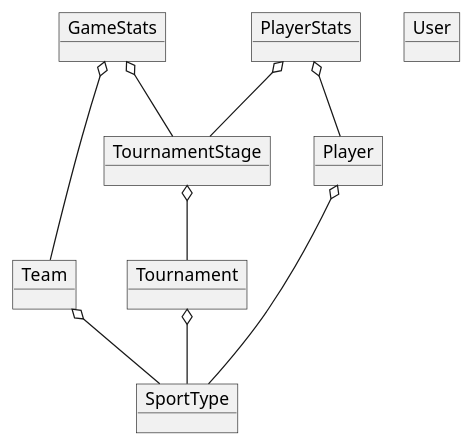
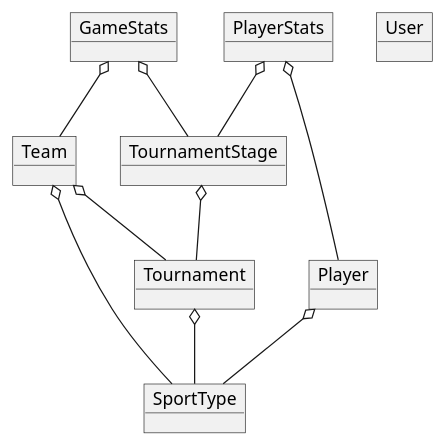
Before and after one commit to yaroslav-dudar/fox.cub: the diagram in docs/objects.wsd, drawn with PlantUML. The commit also changed 12 other files, not shown here.

Commit message:
basic, models, db schema

```diff
--- a/docs/objects.wsd
+++ b/docs/objects.wsd
@@ -1,29 +1,30 @@
 @startuml "Object diagram"
 
 object GameStats
 object Team
 
 object Tournament
 object TournamentStage
 
 object Player
 object PlayerStats
 
 object SportType
 
 object User
 
 GameStats o-- Team
 GameStats o-- TournamentStage
 
 Team o-- SportType
+Team o-- Tournament
 
 Tournament o-- SportType
 
 TournamentStage o-- Tournament
 
 PlayerStats o-- Player
 PlayerStats o-- TournamentStage
 
 Player o-- SportType
 @enduml
```
